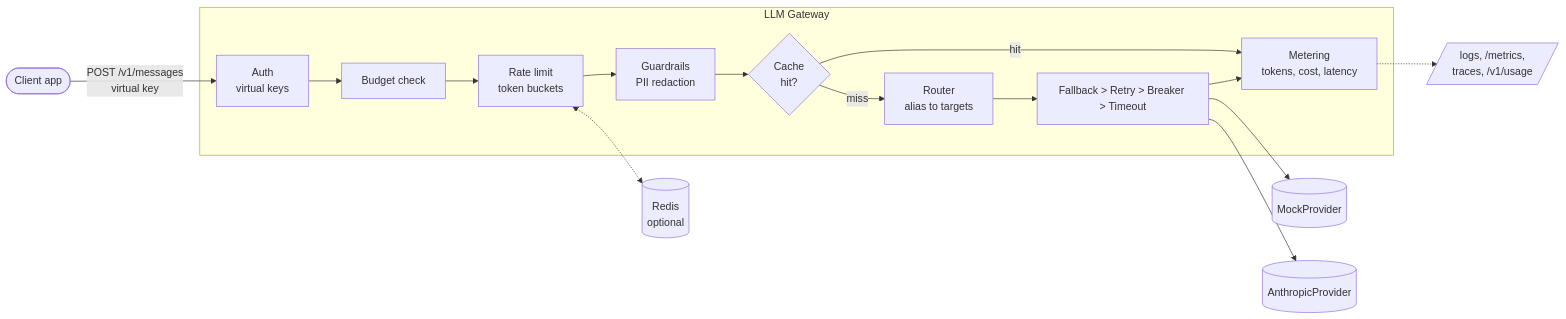
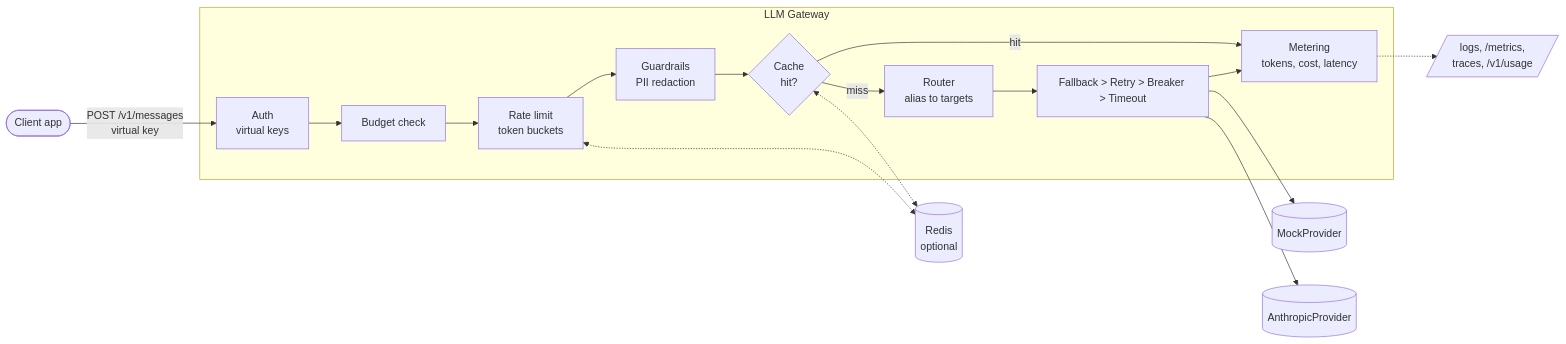
Before and after one commit to HashirAKB/llm-gateway: the diagram in README.md, drawn with Mermaid. The commit also changed other lines of this file and 12 other files, not shown here.

Commit message:
Share the response cache across instances through Redis, behind a CacheStore interface that fails open

````diff
--- a/README.md
+++ b/README.md
@@ -9,20 +9,21 @@
 ```mermaid
 flowchart LR
     client([Client app]) -->|POST /v1/messages<br/>virtual key| auth
 
     subgraph gateway[LLM Gateway]
         auth[Auth<br/>virtual keys] --> budget[Budget check]
         budget --> rl[Rate limit<br/>token buckets]
         rl --> guard[Guardrails<br/>PII redaction]
         guard --> cache{Cache<br/>hit?}
         cache -->|miss| router[Router<br/>alias to targets]
         router --> res[Fallback > Retry > Breaker > Timeout]
         res --> meter[Metering<br/>tokens, cost, latency]
         cache -->|hit| meter
     end
 
     res --> mock[(MockProvider)]
     res --> anthropic[(AnthropicProvider)]
     rl <-.-> redis[(Redis<br/>optional)]
+    cache <-.-> redis
     meter -.-> obs[/logs, /metrics,<br/>traces, /v1/usage/]
 ```
````
